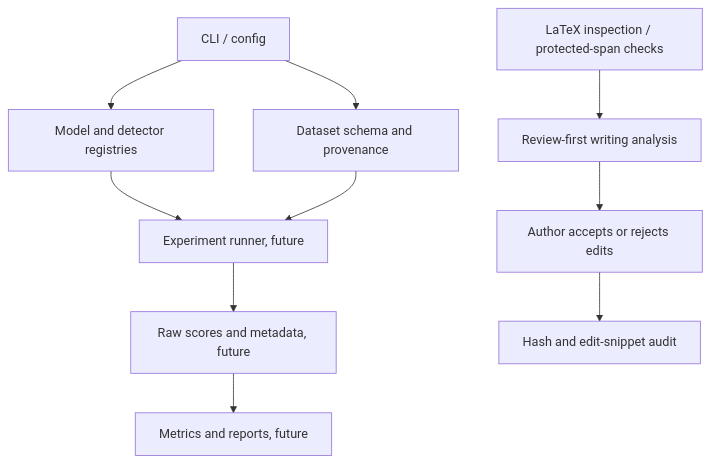
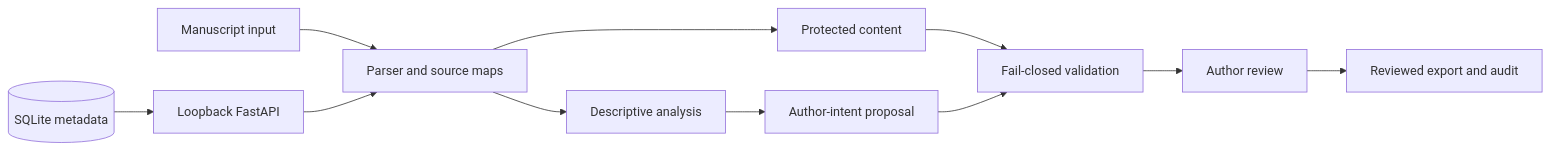
The diagram in README.md (ShyamSathish005/ATEval), drawn with Mermaid before and after one commit. The commit also changed other lines of this file and 6 other files, not shown here.

````diff
--- a/README.md
+++ b/README.md
@@ -146,12 +91,13 @@
 ```mermaid
-flowchart TD
-  CLI[CLI / config] --> Registry[Model and detector registries]
-  CLI --> Data[Dataset schema and provenance]
-  Registry --> Eval[Experiment runner, future]
-  Data --> Eval
-  Eval --> Scores[Raw scores and metadata, future]
-  Scores --> Reports[Metrics and reports, future]
-  Latex[LaTeX inspection / protected-span checks] --> Quality[Review-first writing analysis]
-  Quality --> Author[Author accepts or rejects edits]
-  Author --> Audit[Hash and edit-snippet audit]
+flowchart LR
+  Input[Manuscript input] --> Parse[Parser and source maps]
+  Parse --> Signals[Descriptive analysis]
+  Parse --> Protect[Protected content]
+  Signals --> Intent[Author-intent proposal]
+  Protect --> Gate[Fail-closed validation]
+  Intent --> Gate
+  Gate --> Review[Author review]
+  Review --> Export[Reviewed export and audit]
+  API[Loopback FastAPI] --> Parse
+  State[(SQLite metadata)] --> API
 ```
````
